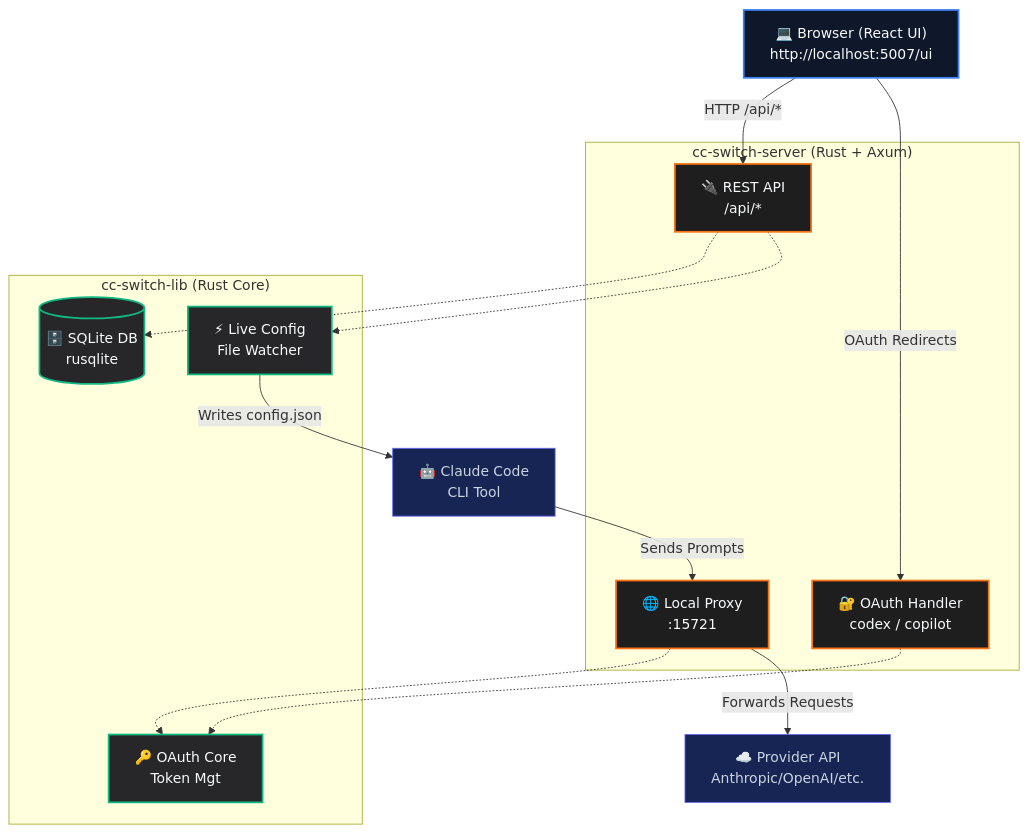
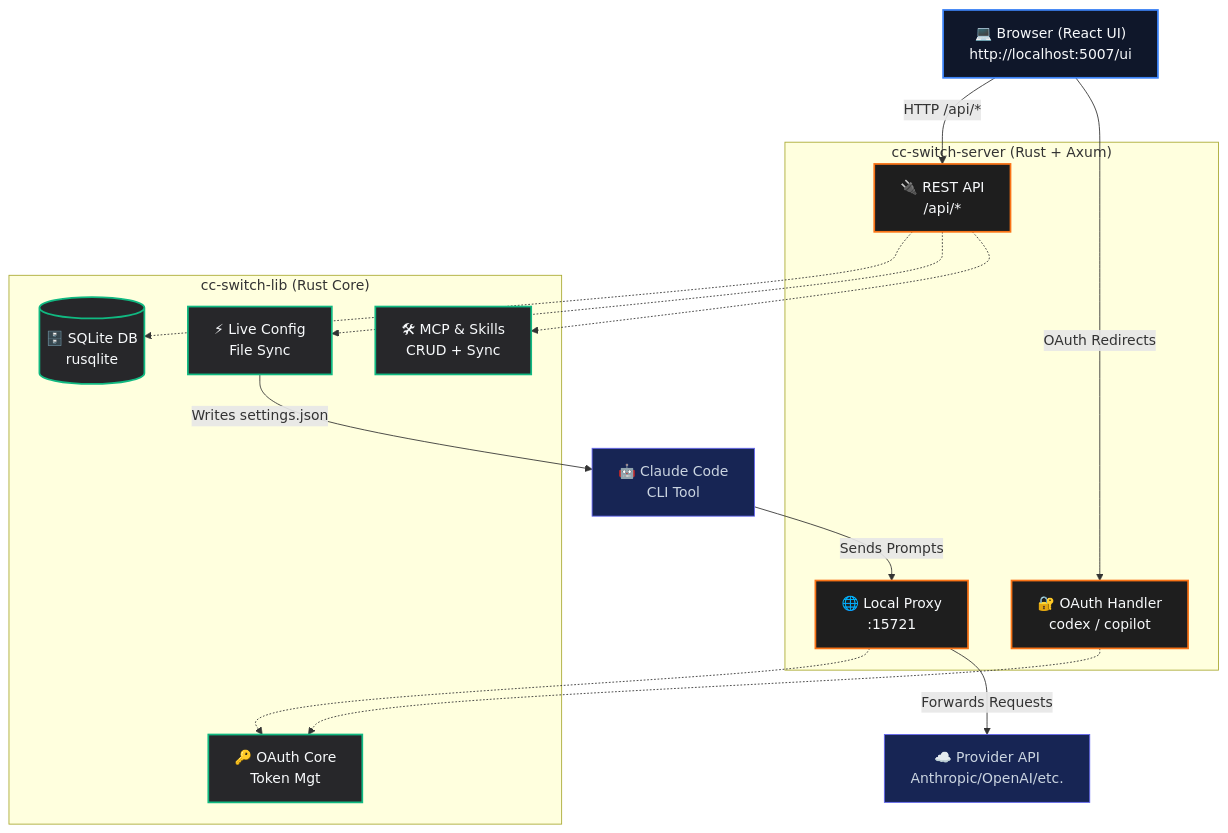
One commit to huangbogeng/cc-switch-ui changed the diagram in README.md. Above: the diagram before and after it, drawn with Mermaid. The commit also changed other lines of this file and 1 other file, not shown here.

````diff
--- a/README.md
+++ b/README.md
@@ -148,39 +164,41 @@
 ```mermaid
 graph TD
     %% Define Styles
     classDef frontend fill:#0f172a,stroke:#3b82f6,stroke-width:2px,color:#f8fafc
     classDef backend fill:#1e1e1e,stroke:#f97316,stroke-width:2px,color:#f8fafc
     classDef library fill:#27272a,stroke:#10b981,stroke-width:2px,color:#f8fafc
     classDef ext fill:#172554,stroke:#6366f1,stroke-width:1px,color:#cbd5e1
 
     %% Nodes
     UI["💻 Browser (React UI)<br/>http://localhost:5007/ui"]:::frontend
     
     subgraph CC_Switch_Web ["cc-switch-server (Rust + Axum)"]
         API["🔌 REST API<br/>/api/*"]:::backend
         OAuth["🔐 OAuth Handler<br/>codex / copilot"]:::backend
         Proxy["🌐 Local Proxy<br/>:15721"]:::backend
     end
     
     subgraph CC_Switch_Lib ["cc-switch-lib (Rust Core)"]
         DB[("🗄️ SQLite DB<br/>rusqlite")]:::library
-        LiveConfig["⚡ Live Config<br/>File Watcher"]:::library
+        LiveConfig["⚡ Live Config<br/>File Sync"]:::library
         OAuthCore["🔑 OAuth Core<br/>Token Mgt"]:::library
+        McpSkills["🛠 MCP & Skills<br/>CRUD + Sync"]:::library
     end
     
     ClaudeCode["🤖 Claude Code<br/>CLI Tool"]:::ext
     ProviderAPI["☁️ Provider API<br/>Anthropic/OpenAI/etc."]:::ext
 
     %% Connections
     UI -- "HTTP /api/*" --> API
     UI -- "OAuth Redirects" --> OAuth
     
     API -.-> DB
     API -.-> LiveConfig
+    API -.-> McpSkills
     OAuth -.-> OAuthCore
     Proxy -.-> OAuthCore
     
-    LiveConfig -- "Writes config.json" --> ClaudeCode
+    LiveConfig -- "Writes settings.json" --> ClaudeCode
     ClaudeCode -- "Sends Prompts" --> Proxy
     Proxy -- "Forwards Requests" --> ProviderAPI
 ```
````
